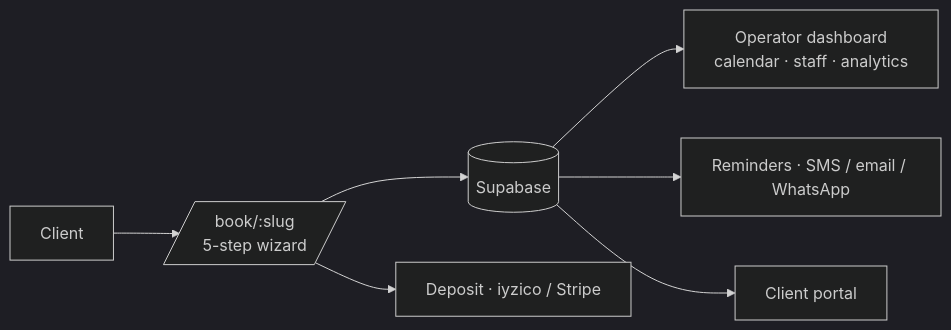
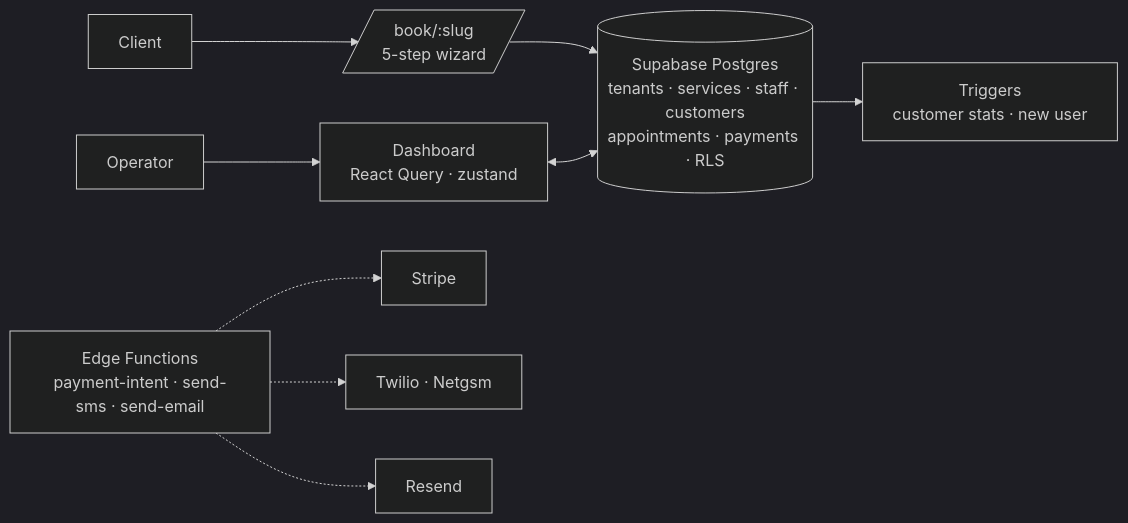
The diagram in README.md (kutluhangil/Appointify), drawn with Mermaid (dark theme) before and after one commit. The commit also changed other lines of this file and 3 other files, not shown here.

````diff
--- a/README.md
+++ b/README.md
@@ -39,9 +60,11 @@
 ```mermaid
 flowchart LR
-  C[Client] --> W[/book/:slug<br/>5-step wizard/]
-  W --> DB[(Supabase)]
-  W --> PAY[Deposit · iyzico / Stripe]
-  DB --> OP[Operator dashboard<br/>calendar · staff · analytics]
-  DB --> R[Reminders · SMS / email / WhatsApp]
-  DB --> P[Client portal]
+  C[Client] --> B[/book/:slug<br/>5-step wizard/]
+  B --> DB[(Supabase Postgres<br/>tenants · services · staff · customers<br/>appointments · payments · RLS)]
+  OP[Operator] --> D[Dashboard<br/>React Query · zustand]
+  D <--> DB
+  DB --> T[Triggers<br/>customer stats · new user]
+  EF[Edge Functions<br/>payment-intent · send-sms · send-email] -.-> STRIPE[Stripe]
+  EF -.-> SMS[Twilio · Netgsm]
+  EF -.-> MAIL[Resend]
 ```
````
